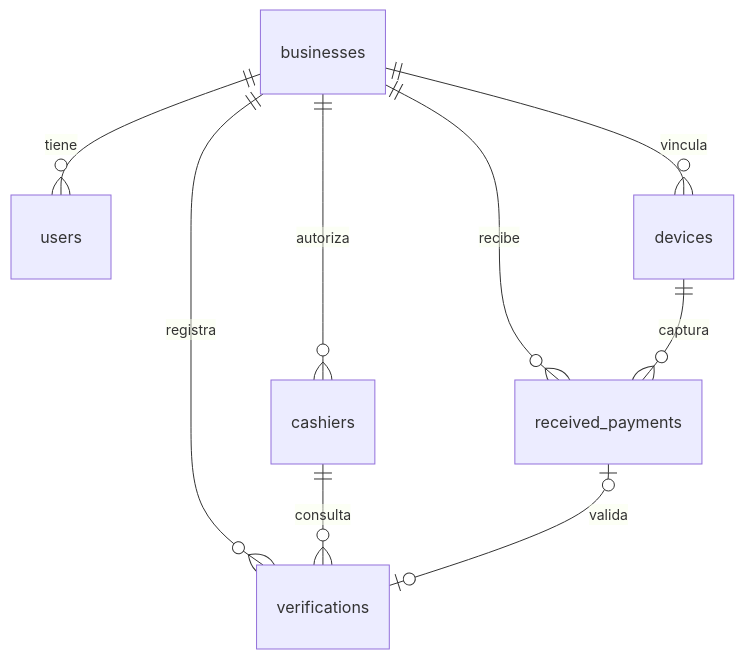
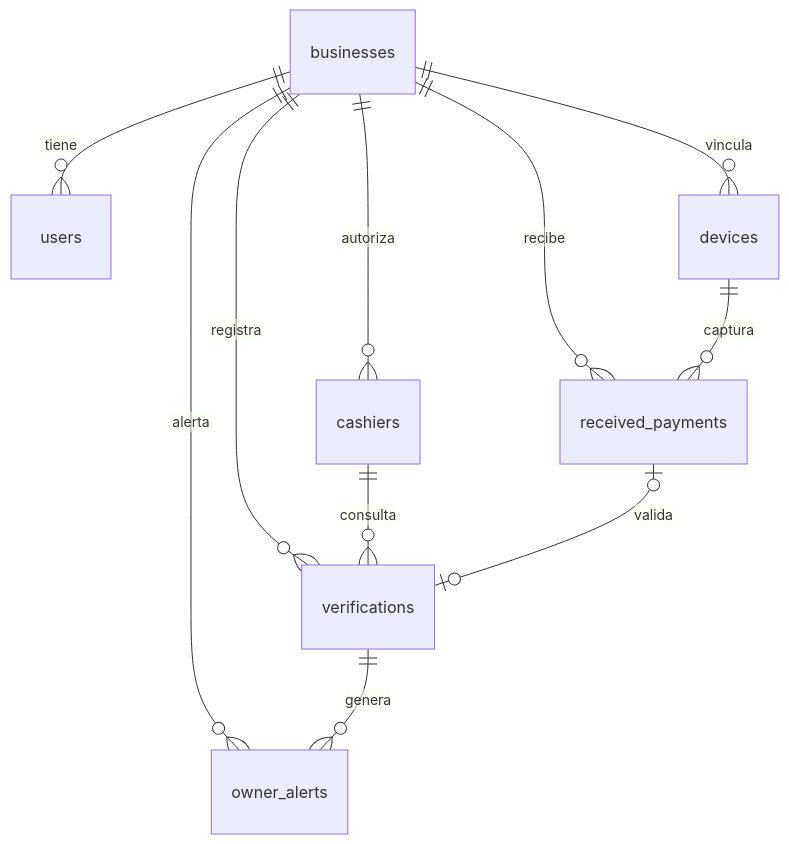
One commit to NjCayao/PayGuard changed the diagram in docs/base-de-datos.md. Above: the diagram before and after it, drawn with Mermaid. The commit also changed other lines of this file and 3 other files, not shown here.

````diff
--- a/docs/base-de-datos.md
+++ b/docs/base-de-datos.md
@@ -7,11 +7,13 @@
 ```mermaid
 erDiagram
     businesses ||--o{ users : "tiene"
     businesses ||--o{ cashiers : "autoriza"
     businesses ||--o{ devices : "vincula"
     businesses ||--o{ received_payments : "recibe"
     businesses ||--o{ verifications : "registra"
+    businesses ||--o{ owner_alerts : "alerta"
     devices ||--o{ received_payments : "captura"
     cashiers ||--o{ verifications : "consulta"
     received_payments |o--o| verifications : "valida"
+    verifications ||--o{ owner_alerts : "genera"
 ```
````
